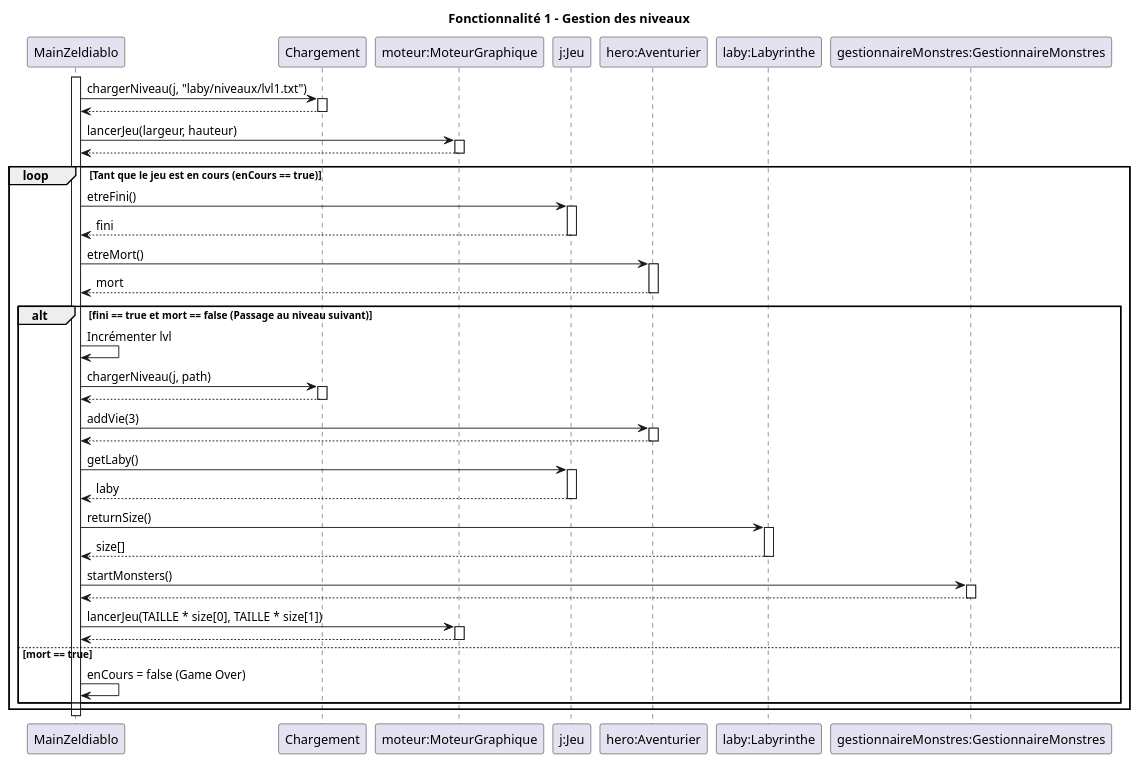
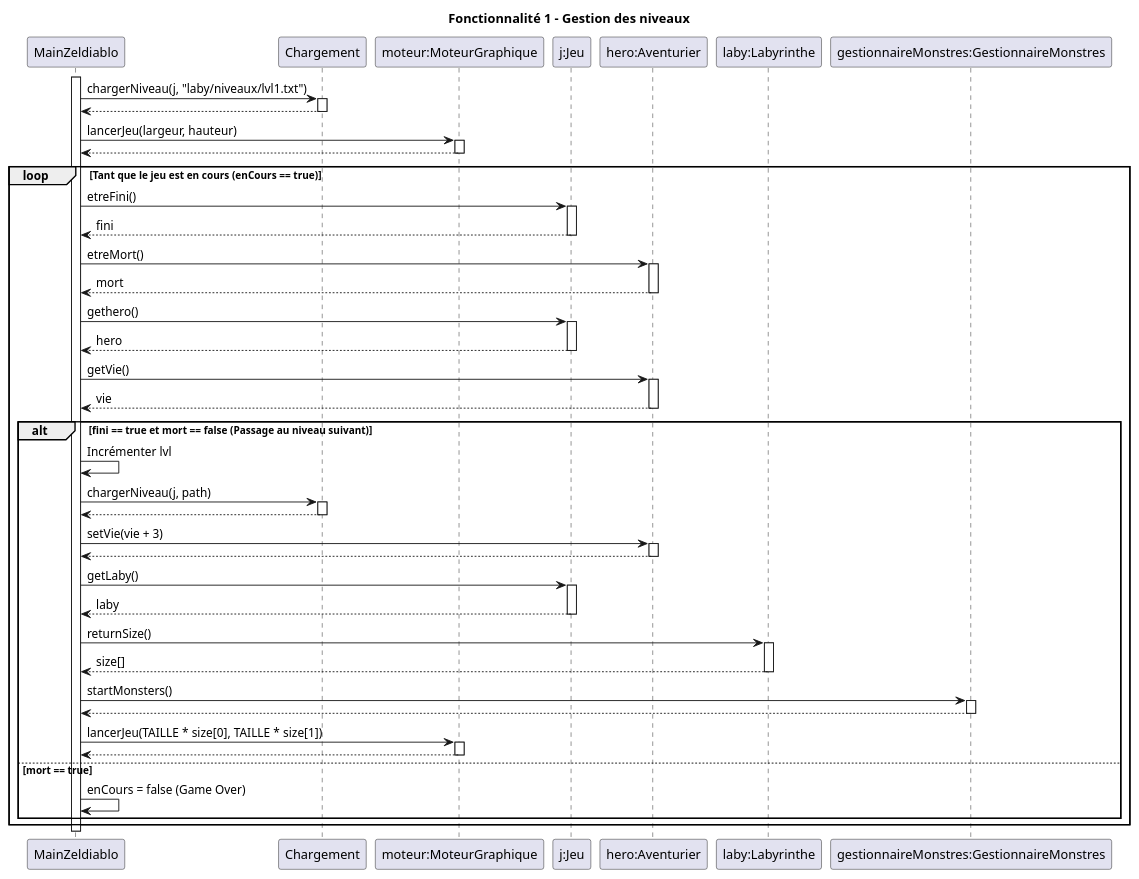
Before and after one commit to lucas-martinati-pro/SAE_S2.01_Zeldiablo-LucasM_JeanLM_PierreGSV: the diagram in documents/version_2/Diagrammes Séquence/Fonctionnalité 1.puml, drawn with PlantUML. The commit also changed 3 other files, not shown here.

```diff
--- a/documents/version_2/Diagrammes Séquence/Fonctionnalité 1.puml
+++ b/documents/version_2/Diagrammes Séquence/Fonctionnalité 1.puml
@@ -1,72 +1,82 @@
 @startuml
 title Fonctionnalité 1 - Gestion des niveaux
 
 participant "MainZeldiablo" as Main
 participant "Chargement" as Chargement
 participant "moteur:MoteurGraphique" as Moteur
 participant "j:Jeu" as Jeu
 participant "hero:Aventurier" as Hero
 participant "laby:Labyrinthe" as Laby
 participant "gestionnaireMonstres:GestionnaireMonstres" as GM
 
 activate Main
 
 Main -> Chargement : chargerNiveau(j, "laby/niveaux/lvl1.txt")
 activate Chargement
 Chargement --> Main
 deactivate Chargement
 
 Main -> Moteur : lancerJeu(largeur, hauteur)
 activate Moteur
 Moteur --> Main
 deactivate Moteur
 
 loop Tant que le jeu est en cours (enCours == true)
     Main -> Jeu : etreFini()
     activate Jeu
     Jeu --> Main : fini
     deactivate Jeu
 
     Main -> Hero : etreMort()
     activate Hero
     Hero --> Main : mort
     deactivate Hero
 
+    Main -> Jeu : gethero()
+    activate Jeu
+    Jeu --> Main : hero
+    deactivate Jeu
+
+    Main -> Hero : getVie()
+    activate Hero
+    Hero --> Main : vie
+    deactivate Hero
+
     alt fini == true et mort == false (Passage au niveau suivant)
         Main -> Main : Incrémenter lvl
         Main -> Chargement : chargerNiveau(j, path)
         activate Chargement
         Chargement --> Main
         deactivate Chargement
 
-        Main -> Hero : addVie(3)
+        Main -> Hero : setVie(vie + 3)
         activate Hero
         Hero --> Main
         deactivate Hero
 
         Main -> Jeu : getLaby()
         activate Jeu
         Jeu --> Main : laby
         deactivate Jeu
 
         Main -> Laby : returnSize()
         activate Laby
         Laby --> Main : size[]
         deactivate Laby
 
         Main -> GM : startMonsters()
         activate GM
         GM --> Main
         deactivate GM
 
         Main -> Moteur : lancerJeu(TAILLE * size[0], TAILLE * size[1])
         activate Moteur
         Moteur --> Main
         deactivate Moteur
     else mort == true
         Main -> Main : enCours = false (Game Over)
     end
 end
 
 deactivate Main
 @enduml
```
